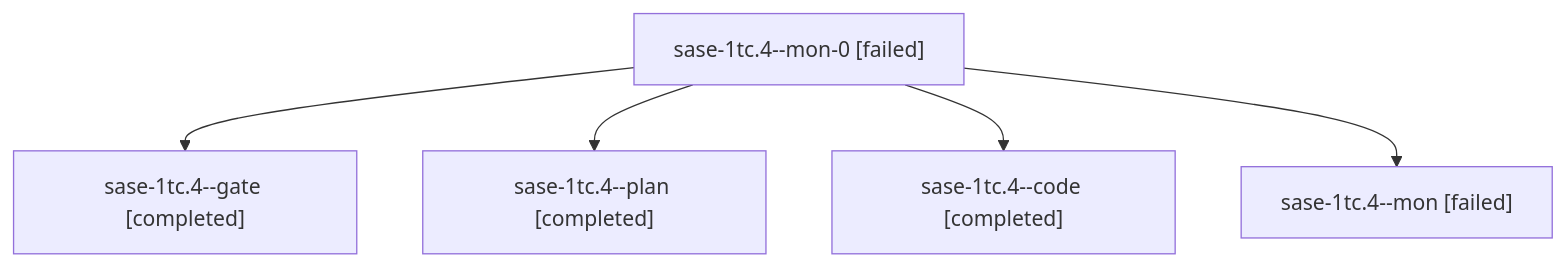
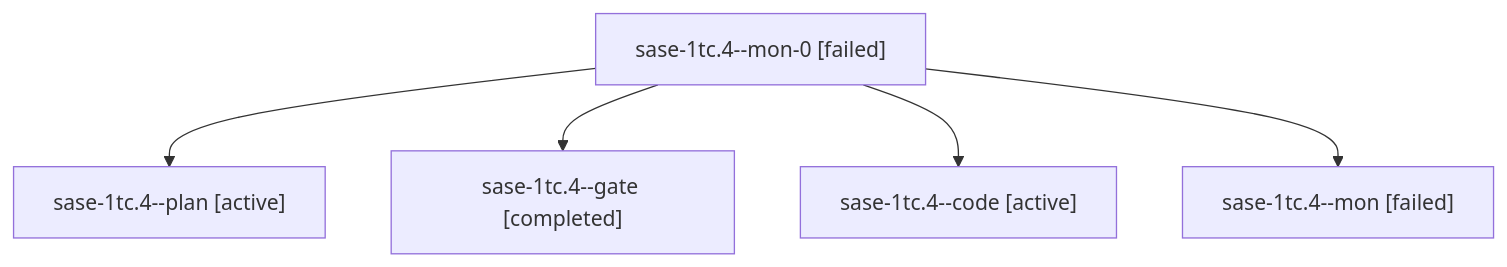
Before and after one commit to sase-org/sase--agents: the diagram in sessions/bbugyi200.athena.sase-1tc.4.md, drawn with Mermaid. The commit also changed other lines of this file and 100 other files, not shown here.

````diff
--- a/sessions/bbugyi200.athena.sase-1tc.4.md
+++ b/sessions/bbugyi200.athena.sase-1tc.4.md
@@ -9,12 +9,12 @@
 ```mermaid
 flowchart TD
   n0["sase-1tc.4--mon-0 [failed]"]
-  n1["sase-1tc.4--gate [completed]"]
+  n1["sase-1tc.4--plan [active]"]
   n0 --> n1
-  n2["sase-1tc.4--plan [completed]"]
+  n2["sase-1tc.4--gate [completed]"]
   n0 --> n2
-  n3["sase-1tc.4--code [completed]"]
+  n3["sase-1tc.4--code [active]"]
   n0 --> n3
   n4["sase-1tc.4--mon [failed]"]
   n0 --> n4
 ```
````
